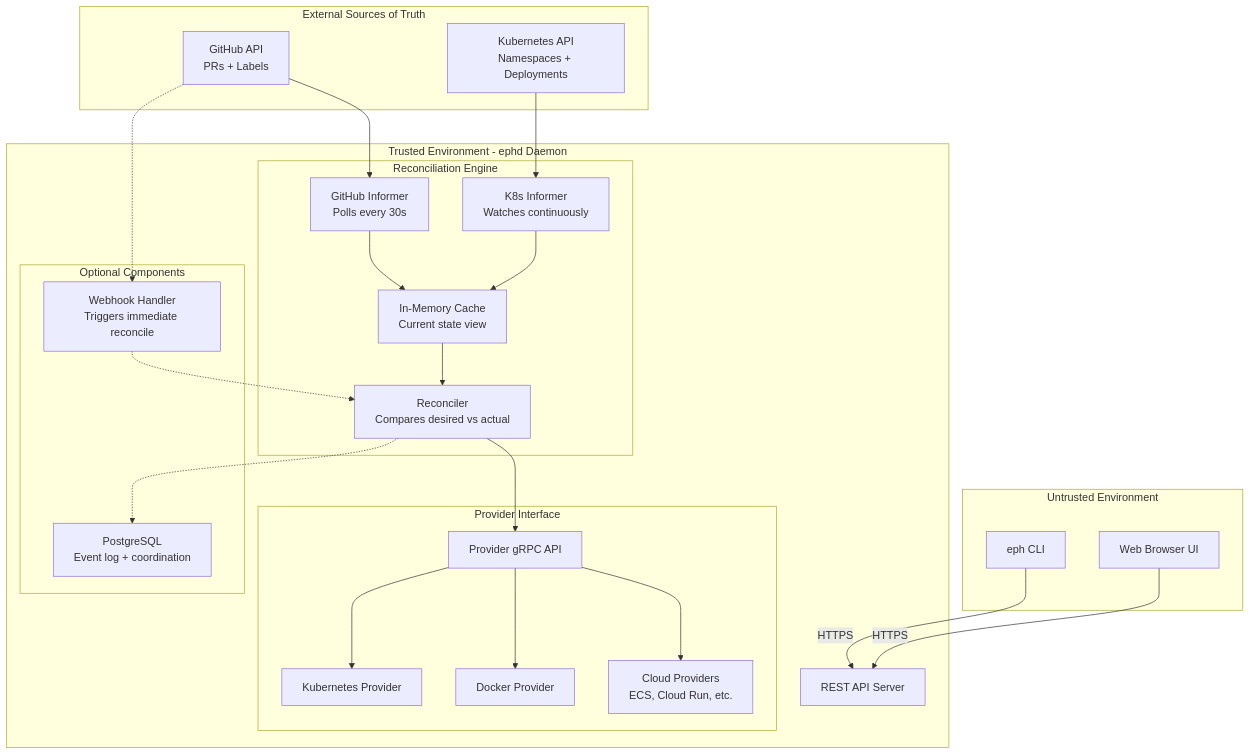
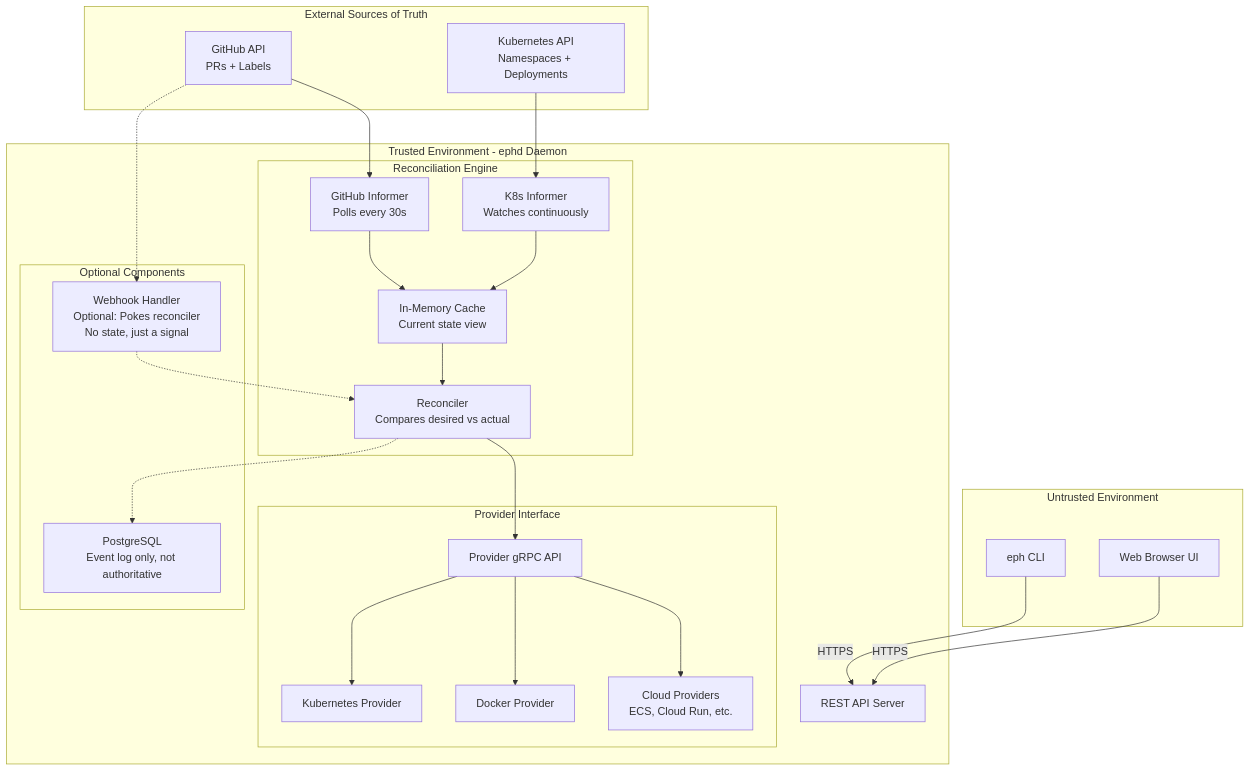
Before and after one commit to ephlabs/eph: the second of 2 diagrams in README.md, drawn with Mermaid. The commit also changed other lines of this file and 1 other file, not shown here.

First line of the commit message:
docs: clarify reconciliation-first architecture

````diff
--- a/README.md
+++ b/README.md
@@ -47,50 +55,50 @@
 ```mermaid
 graph TB
     subgraph "External Sources of Truth"
         GitHub[GitHub API<br/>PRs + Labels]
         K8sAPI[Kubernetes API<br/>Namespaces + Deployments]
     end
 
     subgraph "Untrusted Environment"
         CLI[eph CLI]
         WebUI[Web Browser UI]
     end
 
     subgraph "Trusted Environment - ephd Daemon"
         RestAPI[REST API Server]
 
         subgraph "Reconciliation Engine"
             GHInformer[GitHub Informer<br/>Polls every 30s]
             K8sInformer[K8s Informer<br/>Watches continuously]
             Cache[In-Memory Cache<br/>Current state view]
             Reconciler[Reconciler<br/>Compares desired vs actual]
         end
 
         subgraph "Provider Interface"
             ProviderAPI[Provider gRPC API]
             K8s[Kubernetes Provider]
             Docker[Docker Provider]
             Cloud[Cloud Providers<br/>ECS, Cloud Run, etc.]
         end
 
         subgraph "Optional Components"
-            Webhooks[Webhook Handler<br/>Triggers immediate reconcile]
-            EventLog[PostgreSQL<br/>Event log + coordination]
+            Webhooks[Webhook Handler<br/>Optional: Pokes reconciler<br/>No state, just a signal]
+            EventLog[PostgreSQL<br/>Event log only, not authoritative]
         end
     end
 
     CLI -- "HTTPS" --> RestAPI
     WebUI -- "HTTPS" --> RestAPI
     GitHub --> GHInformer
     K8sAPI --> K8sInformer
     GHInformer --> Cache
     K8sInformer --> Cache
     Cache --> Reconciler
     Reconciler --> ProviderAPI
     ProviderAPI --> K8s
     ProviderAPI --> Docker
     ProviderAPI --> Cloud
     Reconciler -.-> EventLog
     Webhooks -.-> Reconciler
     GitHub -.-> Webhooks
 ```
````
